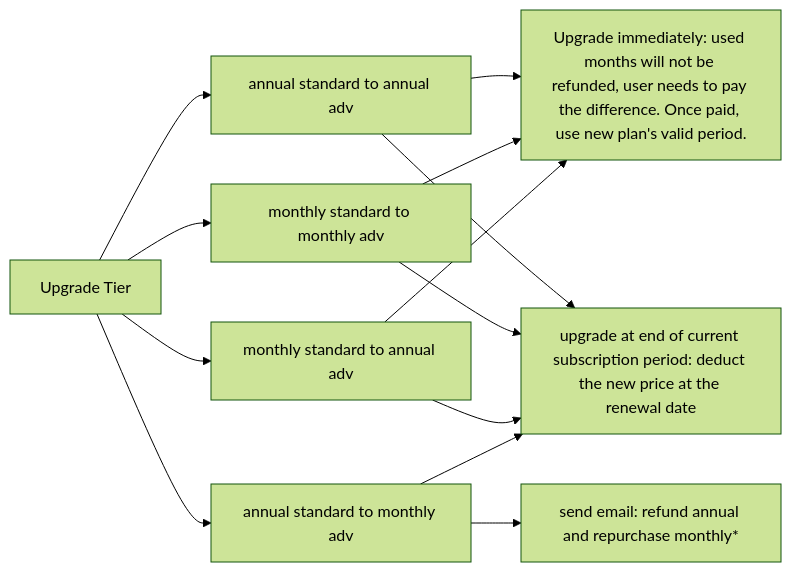
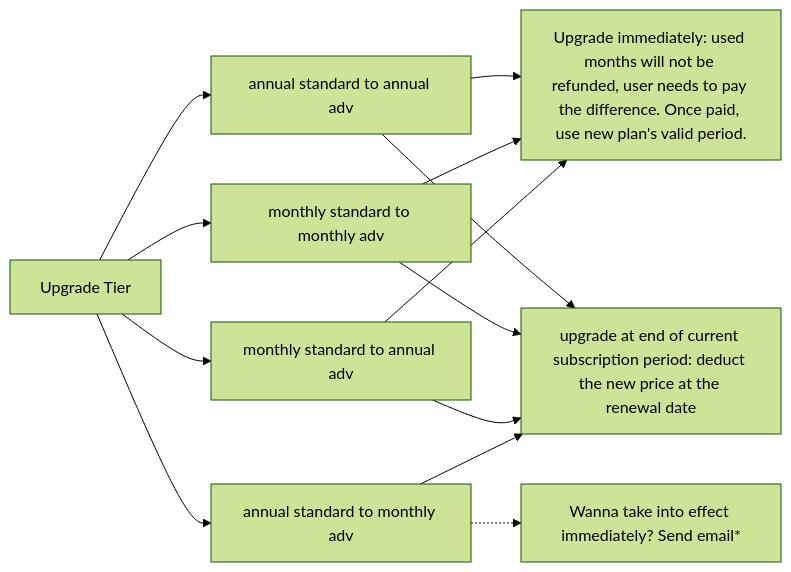
Before and after one commit to rolling-sagas/rs-doc: the first of 3 diagrams in monetization/design-reference.md, drawn with Mermaid (forest theme). The commit also changed other lines of this file and 4 other files, not shown here.

````diff
--- a/monetization/design-reference.md
+++ b/monetization/design-reference.md
@@ -91,24 +66,24 @@
 ```mermaid
     flowchart LR
     id1[Upgrade Tier]
     id2a[annual standard to annual adv]
     id2b[monthly standard to monthly adv]
     id2c[monthly standard to annual adv]
     id2d[annual standard to monthly adv]
     id3a[Upgrade immediately: used months will not be refunded, user needs to pay the difference. Once paid, use new plan's valid period.]
     id3b[upgrade at end of current subscription period: deduct the new price at the renewal date]
-    id4[send email: refund annual and repurchase monthly*]
+    id4[Wanna take into effect immediately? Send email*]
 
     id1-->id2a
     id1-->id2b
     id1-->id2c
     id1-->id2d
     id2a-->id3a
     id2a-->id3b
     id2b-->id3a
     id2b-->id3b
     id2c-->id3a
     id2c-->id3b
     id2d-->id3b
-    id2d-->id4
+    id2d-.->id4
 ```
````
